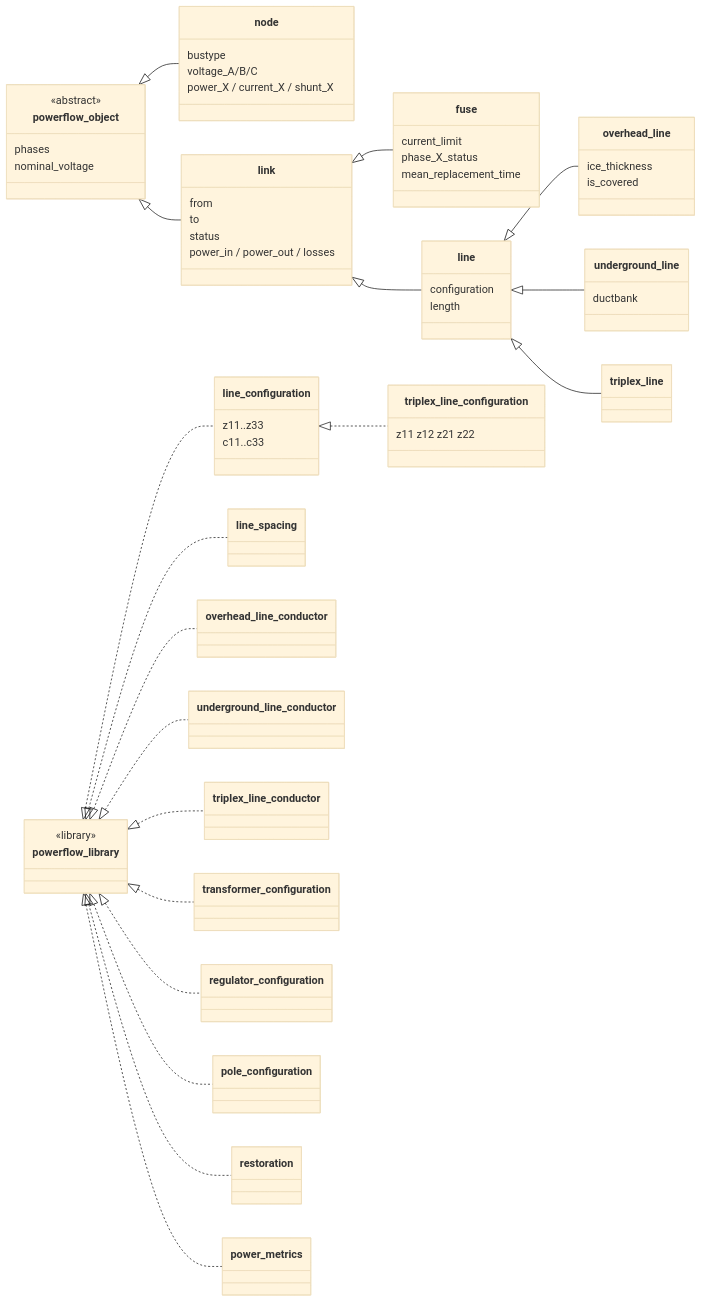
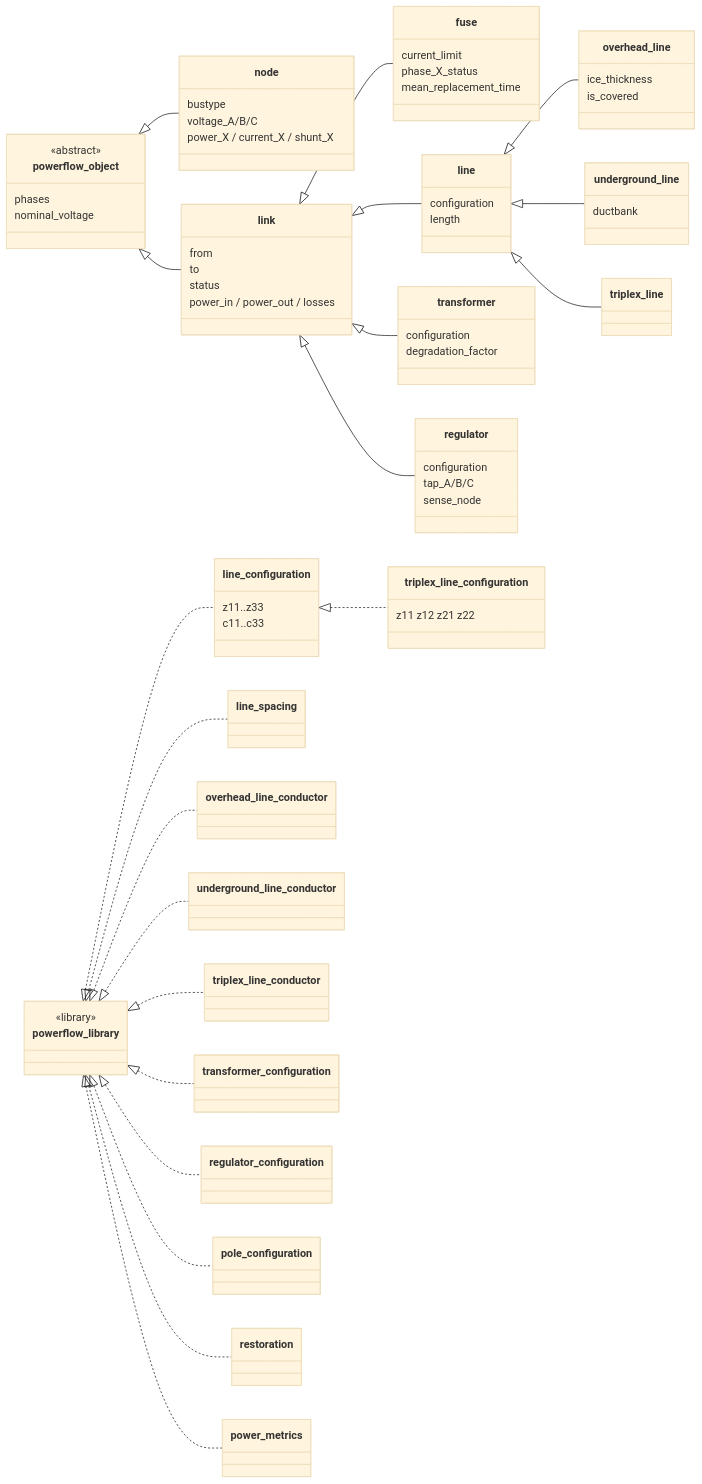
The diagram in src/powerflow/README.md (arras-energy/arras), drawn with Mermaid (base theme) before and after one commit. The commit also changed other lines of this file and 14 other files, not shown here.

First line of the commit message:
Add transformer and regulator classes (#58)

````diff
--- a/src/powerflow/README.md
+++ b/src/powerflow/README.md
@@ -9,65 +9,76 @@
 ```mermaid
 classDiagram
     direction LR
     class powerflow_object {
         <<abstract>>
         phases
         nominal_voltage
     }
     class node {
         bustype
         voltage_A/B/C
         power_X / current_X / shunt_X
     }
     class link_["link"] {
         from
         to
         status
         power_in / power_out / losses
     }
     class fuse {
         current_limit
         phase_X_status
         mean_replacement_time
     }
     class line {
         configuration
         length
     }
     class overhead_line {
         ice_thickness
         is_covered
     }
     class underground_line {
         ductbank
     }
     class triplex_line
+    class transformer {
+        configuration
+        degradation_factor
+    }
+    class regulator {
+        configuration
+        tap_A/B/C
+        sense_node
+    }
     class powerflow_library {
         <<library>>
     }
     class line_configuration {
         z11..z33
         c11..c33
     }
     class triplex_line_configuration {
         z11 z12 z21 z22
     }
     powerflow_object <|-- node
     powerflow_object <|-- link_
     link_ <|-- fuse
     link_ <|-- line
     line <|-- overhead_line
     line <|-- underground_line
     line <|-- triplex_line
+    link_ <|-- transformer
+    link_ <|-- regulator
     powerflow_library <|.. line_spacing
     powerflow_library <|.. overhead_line_conductor
     powerflow_library <|.. underground_line_conductor
     powerflow_library <|.. triplex_line_conductor
     powerflow_library <|.. line_configuration
     line_configuration <|.. triplex_line_configuration
     powerflow_library <|.. transformer_configuration
     powerflow_library <|.. regulator_configuration
     powerflow_library <|.. pole_configuration
     powerflow_library <|.. restoration
     powerflow_library <|.. power_metrics
 ```
````
